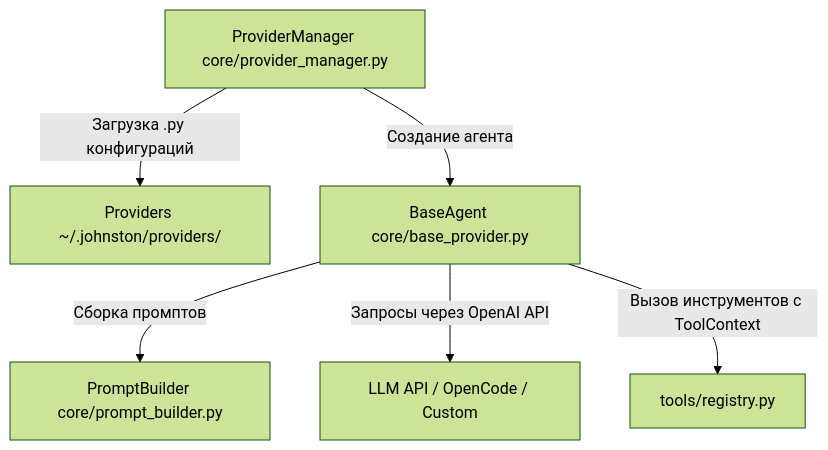
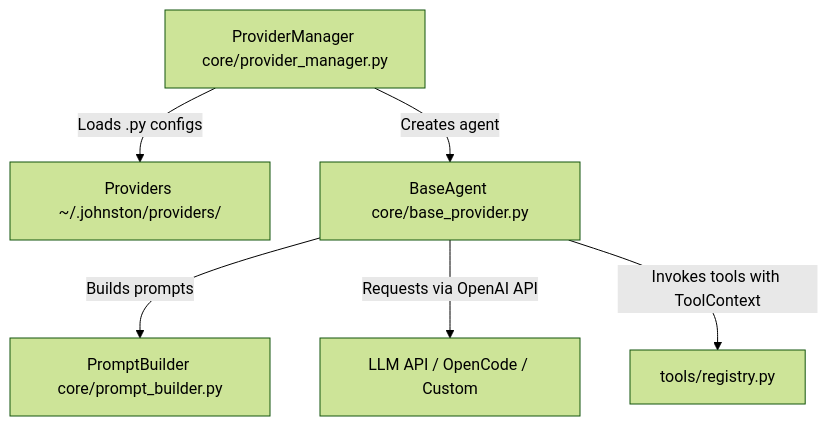
One commit to p4ulbr4dl3y/johnston changed the diagram in AGENTS.md. Above: the diagram before and after it, drawn with Mermaid (forest theme). The commit also changed other lines of this file and 27 other files, not shown here.

````diff
--- a/AGENTS.md
+++ b/AGENTS.md
@@ -9,8 +9,8 @@
 ```mermaid
 graph TD
-    PM[ProviderManager core/provider_manager.py] -->|Загрузка .py конфигураций| P[Providers ~/.johnston/providers/]
-    PM -->|Создание агента| Agent[BaseAgent core/base_provider.py]
-    Agent -->|Сборка промптов| PB[PromptBuilder core/prompt_builder.py]
-    Agent -->|Запросы через OpenAI API| LLM[LLM API / OpenCode / Custom]
-    Agent -->|Вызов инструментов с ToolContext| Tools[tools/registry.py]
+    PM[ProviderManager core/provider_manager.py] -->|Loads .py configs| P[Providers ~/.johnston/providers/]
+    PM -->|Creates agent| Agent[BaseAgent core/base_provider.py]
+    Agent -->|Builds prompts| PB[PromptBuilder core/prompt_builder.py]
+    Agent -->|Requests via OpenAI API| LLM[LLM API / OpenCode / Custom]
+    Agent -->|Invokes tools with ToolContext| Tools[tools/registry.py]
 ```
````
